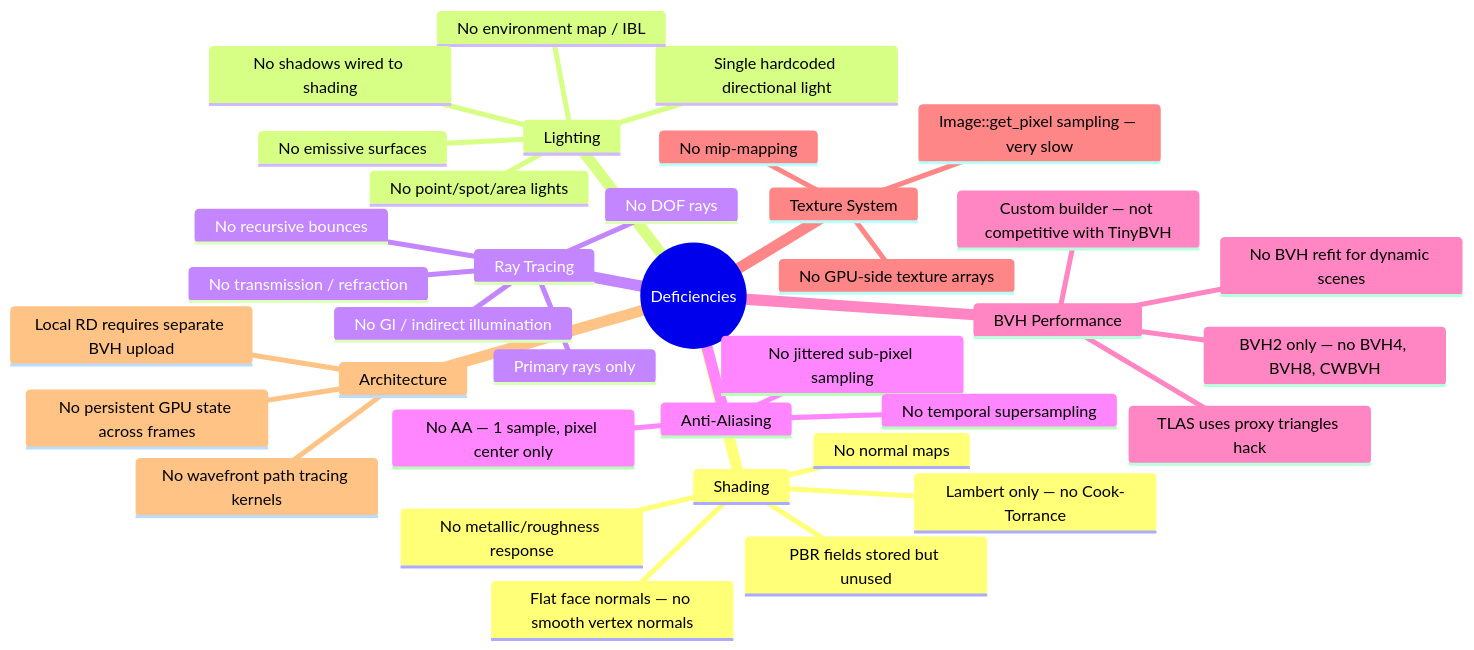
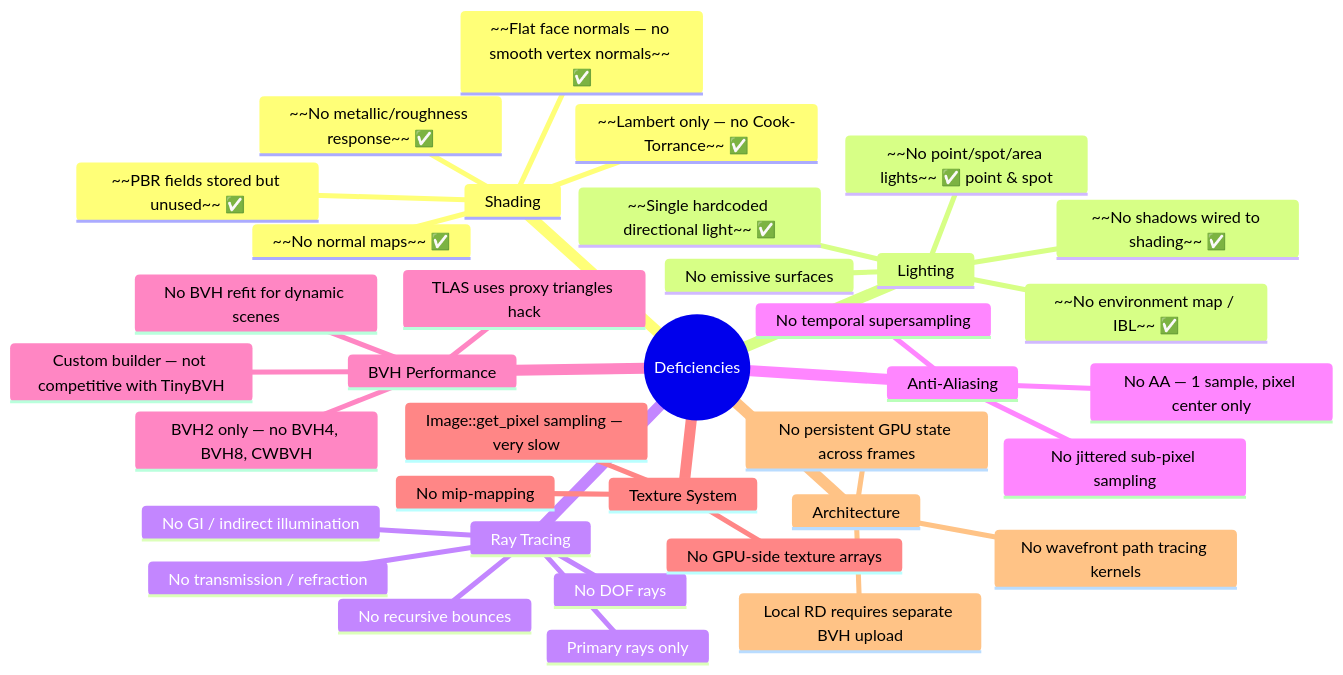
The fourth of 11 diagrams in ROADMAP.md (VitorMPCastro/MessyerRaytracer), drawn with Mermaid before and after one commit. The commit also changed other lines of this file and 81 other files, not shown here.

````diff
--- a/ROADMAP.md
+++ b/ROADMAP.md
@@ -182,39 +182,39 @@
 ```mermaid
 mindmap
   root((Deficiencies))
     Shading
-      Lambert only — no Cook-Torrance
-      PBR fields stored but unused
-      No metallic/roughness response
-      Flat face normals — no smooth vertex normals
-      No normal maps
+      ~~Lambert only — no Cook-Torrance~~ ✅
+      ~~PBR fields stored but unused~~ ✅
+      ~~No metallic/roughness response~~ ✅
+      ~~Flat face normals — no smooth vertex normals~~ ✅
+      ~~No normal maps~~ ✅
     Lighting
-      Single hardcoded directional light
-      No point/spot/area lights
-      No environment map / IBL
-      No shadows wired to shading
+      ~~Single hardcoded directional light~~ ✅
+      ~~No point/spot/area lights~~ ✅ point & spot
+      ~~No environment map / IBL~~ ✅
+      ~~No shadows wired to shading~~ ✅
       No emissive surfaces
     Ray Tracing
       Primary rays only
       No recursive bounces
       No GI / indirect illumination
       No transmission / refraction
       No DOF rays
     Anti-Aliasing
       No AA — 1 sample, pixel center only
       No jittered sub-pixel sampling
       No temporal supersampling
     BVH Performance
       BVH2 only — no BVH4, BVH8, CWBVH
       Custom builder — not competitive with TinyBVH
       TLAS uses proxy triangles hack
       No BVH refit for dynamic scenes
     Texture System
       Image::get_pixel sampling — very slow
       No GPU-side texture arrays
       No mip-mapping
     Architecture
       Local RD requires separate BVH upload
       No wavefront path tracing kernels
       No persistent GPU state across frames
 ```
````
